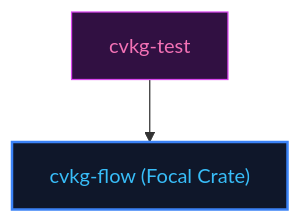
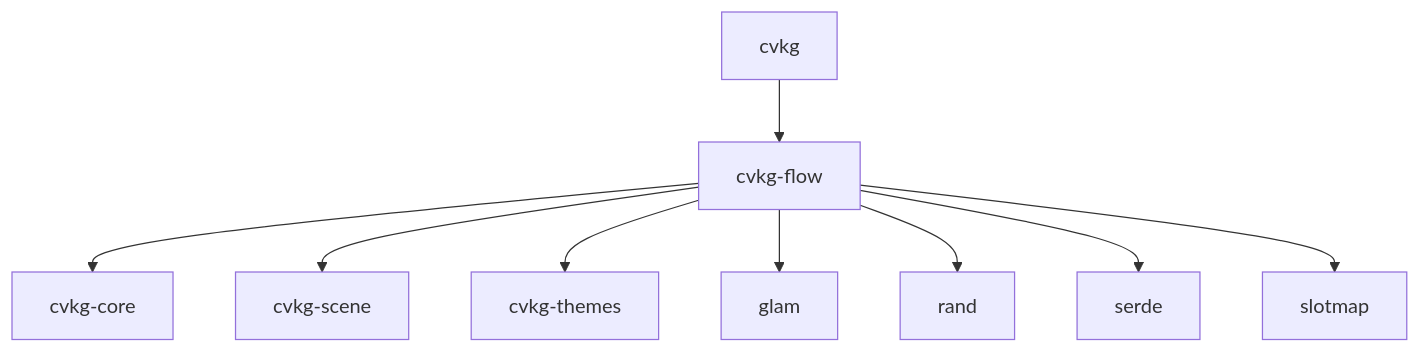
Before and after one commit to sydonayrex/cvkg: the diagram in cvkg-flow/README.md, drawn with Mermaid. The commit also changed other lines of this file and 465 other files, not shown here.

````diff
--- a/cvkg-flow/README.md
+++ b/cvkg-flow/README.md
@@ -11,10 +13,11 @@
 ```mermaid
 graph TD
-    cvkg-flow["cvkg-flow (Focal Crate)"]
-    cvkg-test["cvkg-test"]
-    cvkg-test --> cvkg-flow
-    classDef focal fill:#0f172a,stroke:#3b82f6,color:#38bdf8,stroke-width:2px
-    classDef sibling fill:#311042,stroke:#d946ef,color:#f472b6,stroke-width:1px
-    class cvkg-flow focal
-    class cvkg-test sibling
+    cvkg-flow --> cvkg-core
+    cvkg-flow --> cvkg-scene
+    cvkg-flow --> cvkg-themes
+    cvkg-flow --> glam
+    cvkg-flow --> rand
+    cvkg-flow --> serde
+    cvkg-flow --> slotmap
+    cvkg --> cvkg-flow
 ```
````
